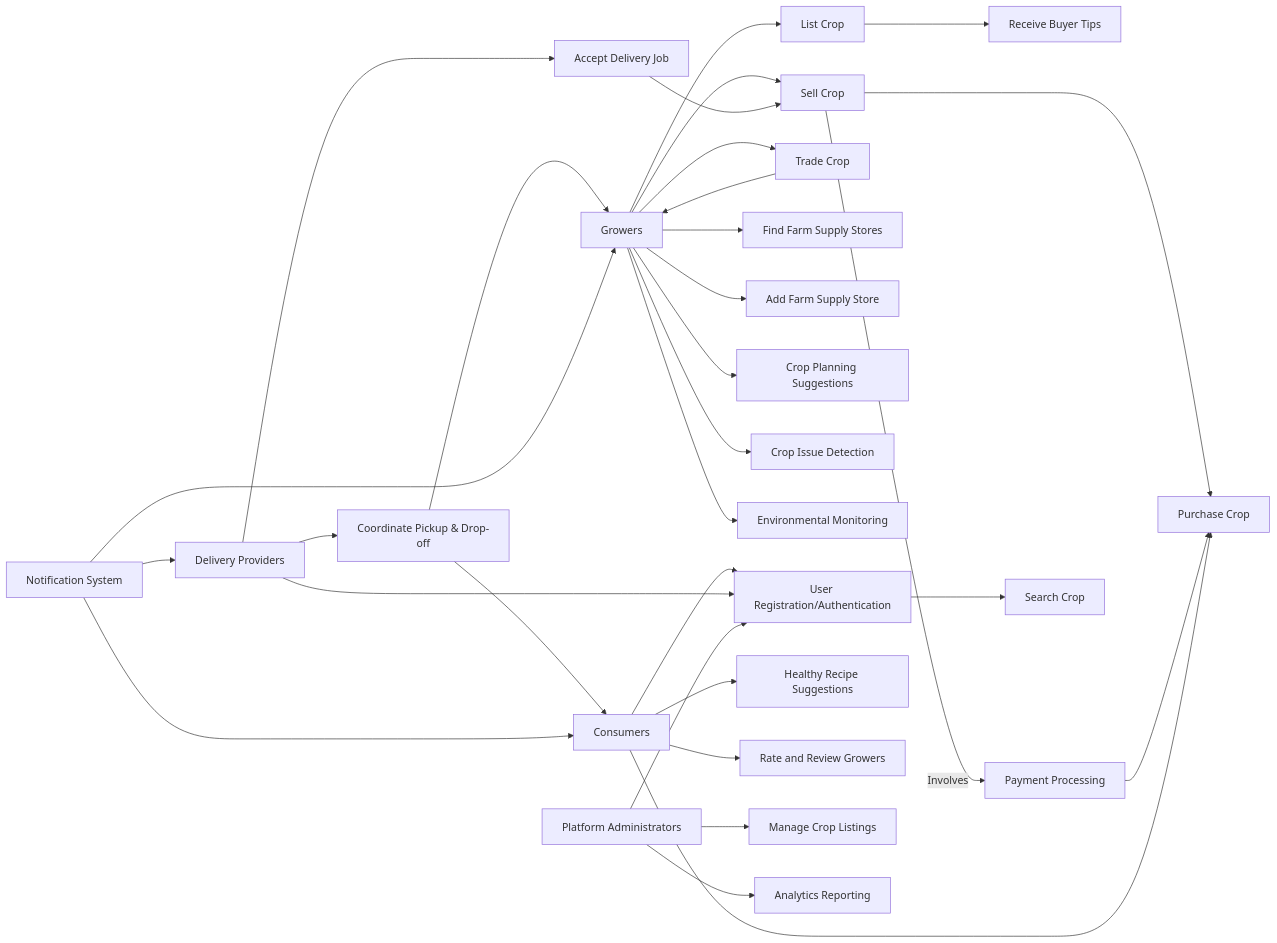
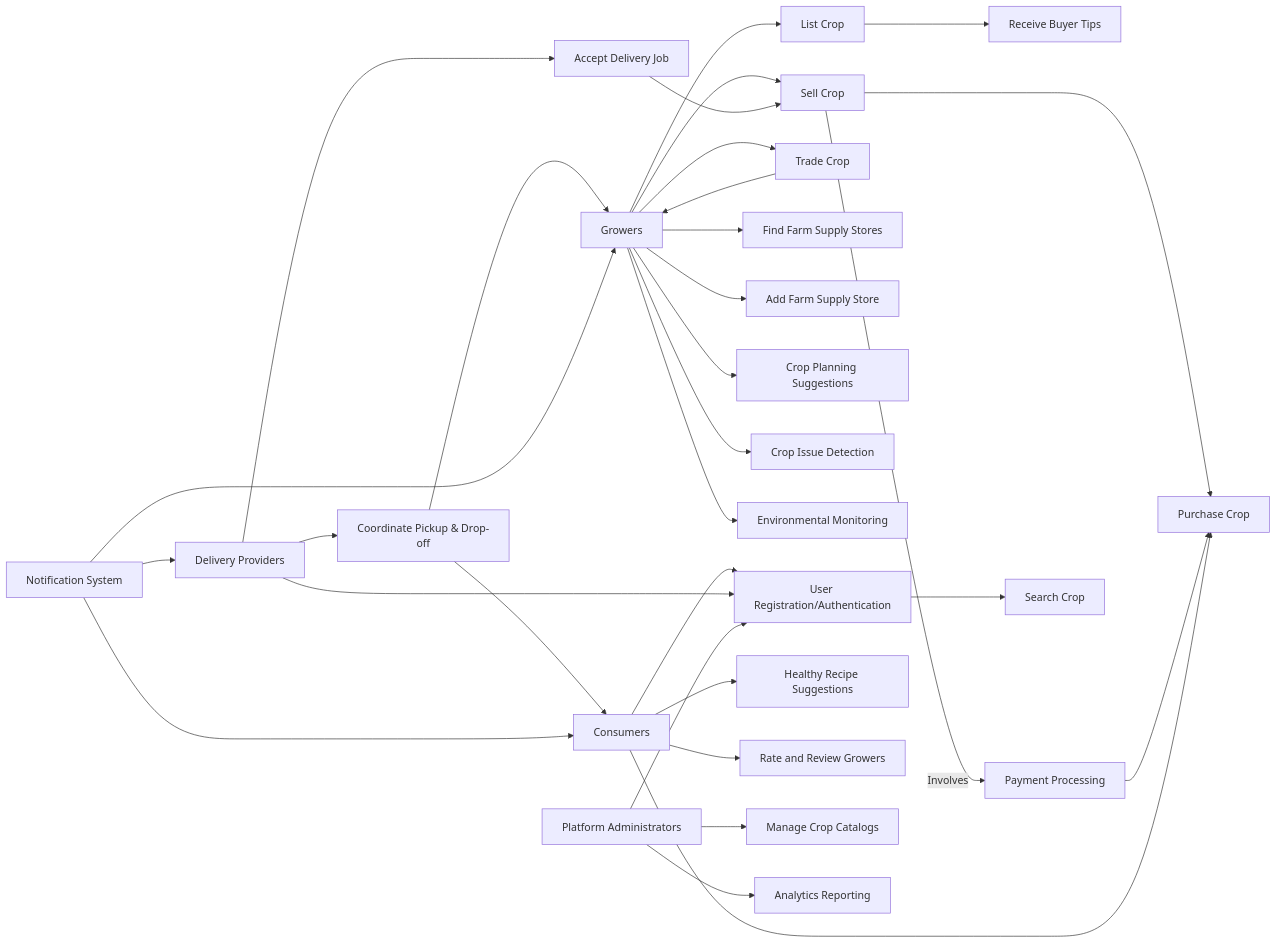
Before and after one commit to harvesit/harvesit: the first of 6 diagrams in README.md, drawn with Mermaid. The commit also changed other lines of this file, not shown here.

````diff
--- a/README.md
+++ b/README.md
@@ -133,39 +133,39 @@
 ```mermaid
 graph LR
     A[Growers] --> B1[List Crop]
     A --> B2[Sell Crop] 
     A --> B3[Trade Crop]
     A --> B4[Find Farm Supply Stores]
     A --> B5[Add Farm Supply Store]
     B1 --> B6[Receive Buyer Tips]
     A --> B7[Crop Planning Suggestions]
     A --> B8[Crop Issue Detection]
     A --> B9[Environmental Monitoring]
     B2 -->|Involves| P[Payment Processing]
     
     B2 --> D2[Purchase Crop]
     B3 --> A
     P --> D2
     
     F1[Accept Delivery Job] --> B2 
     F2[Coordinate Pickup & Drop-off] --> A
     
     C[Consumers] --> U[User Registration/Authentication]
     U --> D1[Search Crop]
     C --> D2
     C --> D3[Healthy Recipe Suggestions]  
     C --> D4[Rate and Review Growers]
     
     F2 --> C
     NS[Notification System] --> A
     NS --> C
     NS --> E
 
     E[Delivery Providers] --> F1
     E --> F2
     E --> U
 
-    G[Platform Administrators] --> H1[Manage Crop Listings] 
+    G[Platform Administrators] --> H1[Manage Crop Catalogs] 
     G --> H2[Analytics Reporting]
     G --> U
 ```
````
